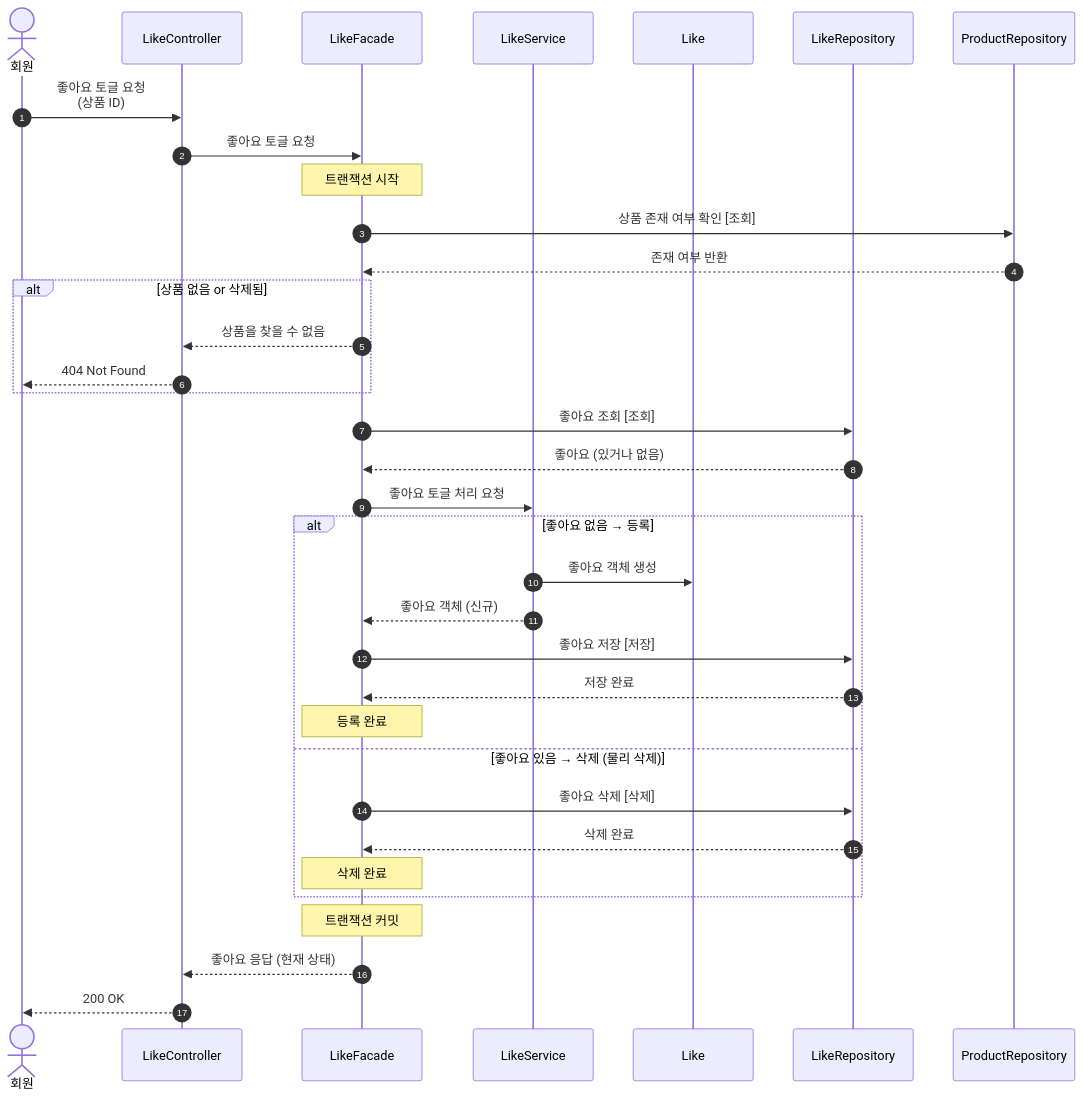
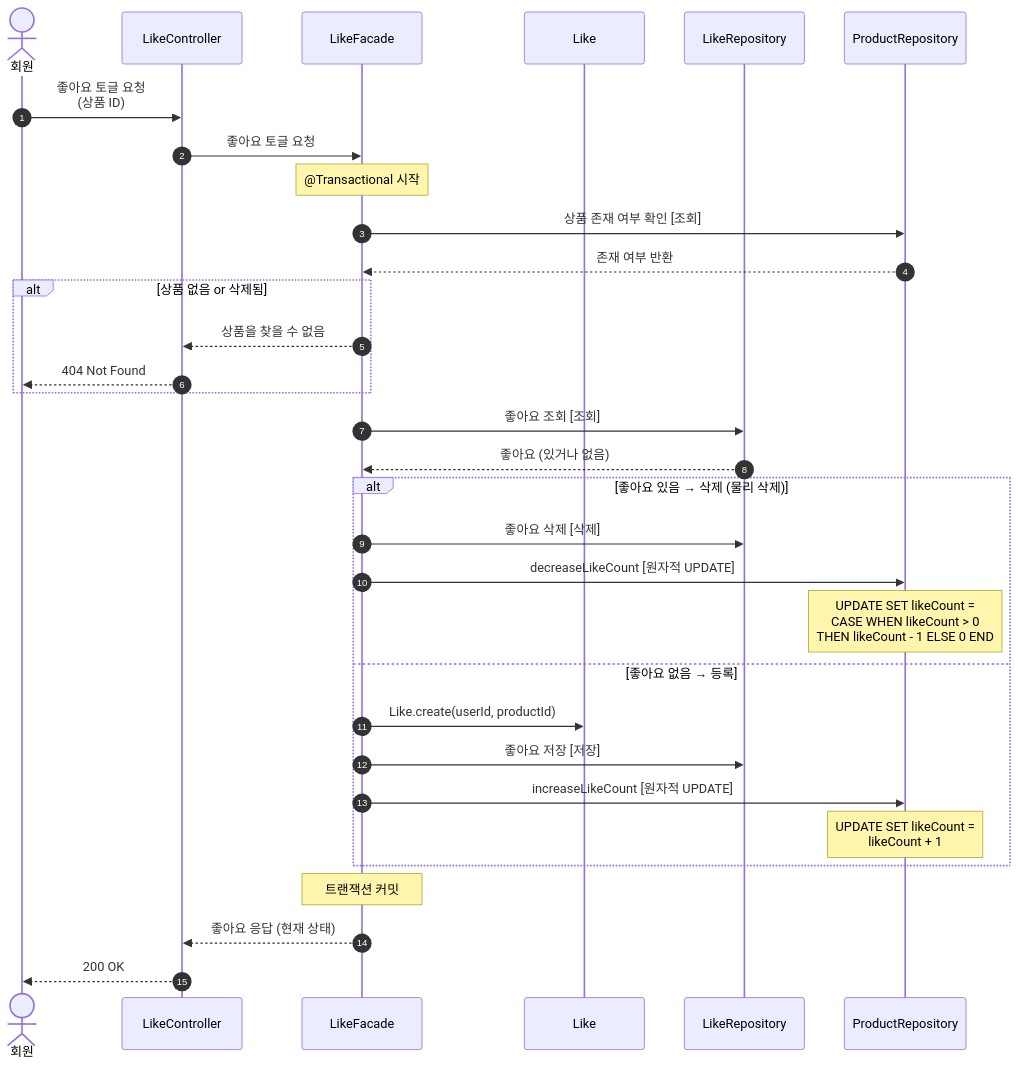
The eighth of 14 diagrams in docs/design/02-sequence-diagrams.md (Loopers-dev-lab/loop-pack-be-l2-vol3-java), drawn with Mermaid before and after one commit. The commit also changed other lines of this file and 2 other files, not shown here.

````diff
--- a/docs/design/02-sequence-diagrams.md
+++ b/docs/design/02-sequence-diagrams.md
@@ -468,48 +463,44 @@
 ```mermaid
 sequenceDiagram
     autonumber
     actor 회원
     participant Controller as LikeController
     participant Facade as LikeFacade
-    participant Service as LikeService
     participant Domain as Like
     participant LikeRepo as LikeRepository
     participant ProductRepo as ProductRepository
 
     회원->>Controller: 좋아요 토글 요청<br/>(상품 ID)
     Controller->>Facade: 좋아요 토글 요청
 
-    Note over Facade: 트랜잭션 시작
+    Note over Facade: @Transactional 시작
 
     %% 1. 상품 존재 확인
     Facade->>ProductRepo: 상품 존재 여부 확인 [조회]
     ProductRepo-->>Facade: 존재 여부 반환
     alt 상품 없음 or 삭제됨
         Facade-->>Controller: 상품을 찾을 수 없음
         Controller-->>회원: 404 Not Found
     end
 
     %% 2. 기존 좋아요 조회
     Facade->>LikeRepo: 좋아요 조회 [조회]
     LikeRepo-->>Facade: 좋아요 (있거나 없음)
 
     %% 3. 상태에 따른 분기 처리 (물리 삭제 방식)
-    Facade->>Service: 좋아요 토글 처리 요청
-
-    alt 좋아요 없음 → 등록
-        Service->>Domain: 좋아요 객체 생성
-        Service-->>Facade: 좋아요 객체 (신규)
+    alt 좋아요 있음 → 삭제 (물리 삭제)
+        Facade->>LikeRepo: 좋아요 삭제 [삭제]
+        Facade->>ProductRepo: decreaseLikeCount [원자적 UPDATE]
+        Note over ProductRepo: UPDATE SET likeCount =<br/>CASE WHEN likeCount > 0<br/>THEN likeCount - 1 ELSE 0 END
+    else 좋아요 없음 → 등록
+        Facade->>Domain: Like.create(userId, productId)
         Facade->>LikeRepo: 좋아요 저장 [저장]
-        LikeRepo-->>Facade: 저장 완료
-        Note over Facade: 등록 완료
-    else 좋아요 있음 → 삭제 (물리 삭제)
-        Facade->>LikeRepo: 좋아요 삭제 [삭제]
-        LikeRepo-->>Facade: 삭제 완료
-        Note over Facade: 삭제 완료
+        Facade->>ProductRepo: increaseLikeCount [원자적 UPDATE]
+        Note over ProductRepo: UPDATE SET likeCount =<br/>likeCount + 1
     end
 
     Note over Facade: 트랜잭션 커밋
 
     Facade-->>Controller: 좋아요 응답 (현재 상태)
     Controller-->>회원: 200 OK
 ```
````
